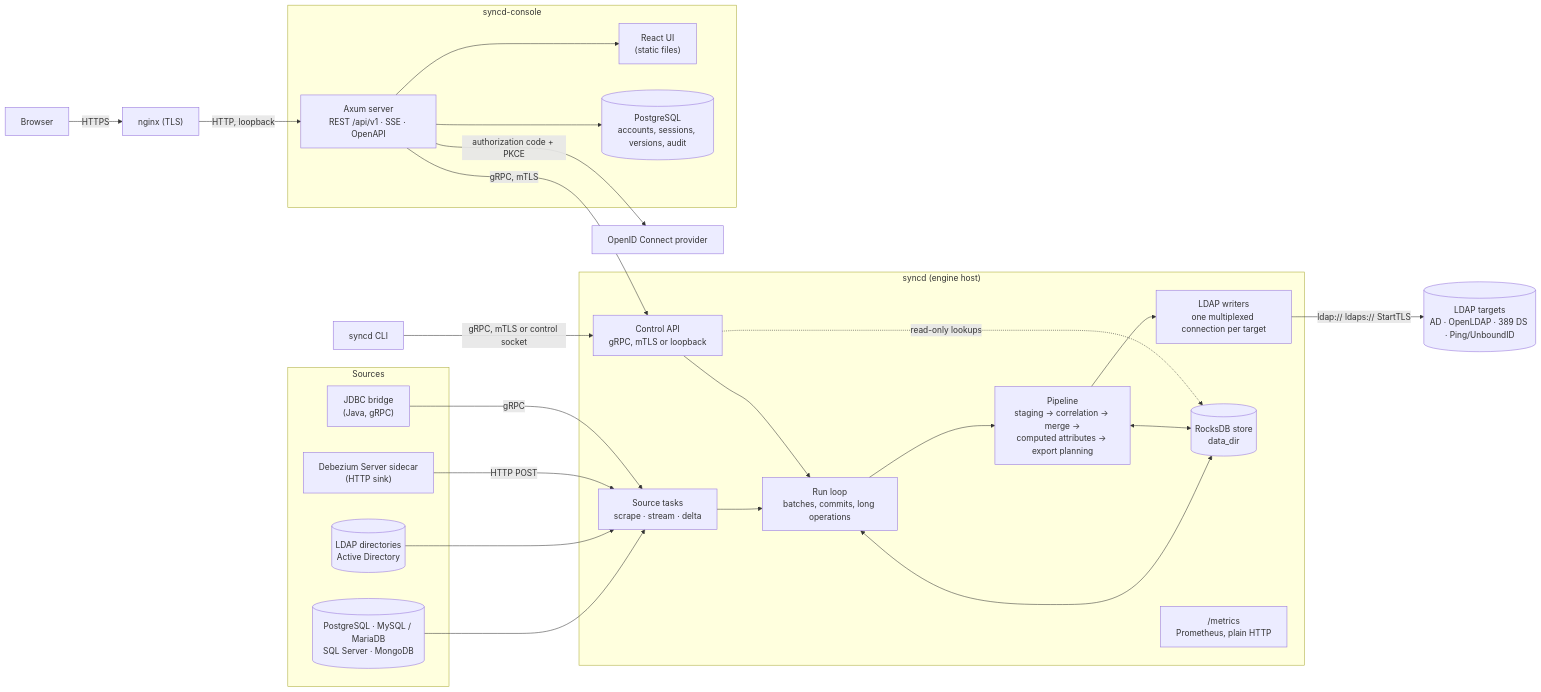
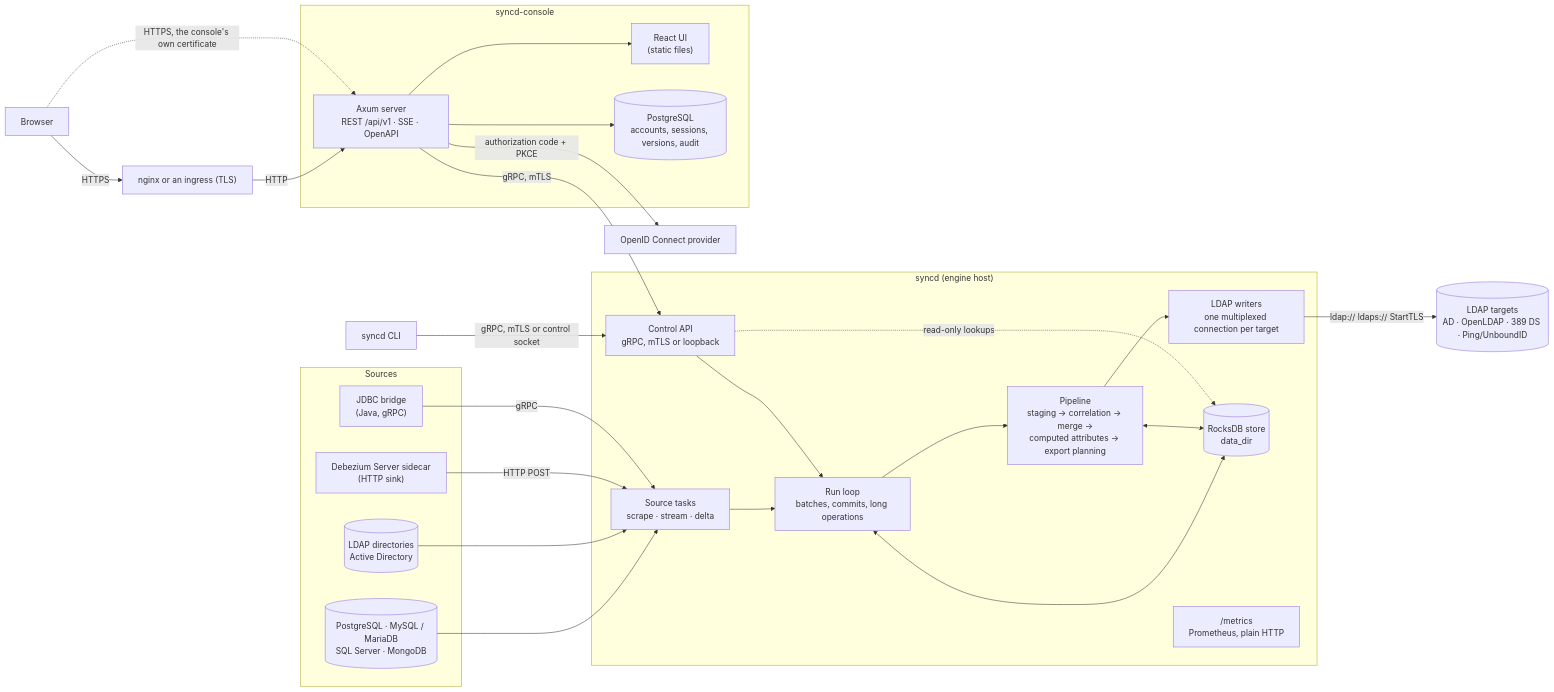
Before and after one commit to winllc/ens-apps-documentation: the first of 5 diagrams in docs/syncd/architecture.md, drawn with Mermaid. The commit also changed other lines of this file and 10 other files, not shown here.

````diff
--- a/docs/syncd/architecture.md
+++ b/docs/syncd/architecture.md
@@ -15,44 +17,45 @@
 ```mermaid
 flowchart LR
     subgraph Sources
         DB[("PostgreSQL · MySQL / MariaDB<br/>SQL Server · MongoDB")]
         DIR[("LDAP directories<br/>Active Directory")]
         DBZ["Debezium Server sidecar<br/>(HTTP sink)"]
         JDBC["JDBC bridge<br/>(Java, gRPC)"]
     end
     subgraph Engine["syncd (engine host)"]
         ING["Source tasks<br/>scrape · stream · delta"]
         LOOP["Run loop<br/>batches, commits, long operations"]
         PIPE["Pipeline<br/>staging → correlation → merge →<br/>computed attributes → export planning"]
         WR["LDAP writers<br/>one multiplexed connection per target"]
         STORE[("RocksDB store<br/>data_dir")]
         API["Control API<br/>gRPC, mTLS or loopback"]
         MET["/metrics<br/>Prometheus, plain HTTP"]
     end
     subgraph Console["syncd-console"]
         SRV["Axum server<br/>REST /api/v1 · SSE · OpenAPI"]
         UI["React UI<br/>(static files)"]
         PG[("PostgreSQL<br/>accounts, sessions, versions, audit")]
     end
     TGT[("LDAP targets<br/>AD · OpenLDAP · 389 DS · Ping/UnboundID")]
-    NGX["nginx (TLS)"]
+    NGX["nginx or an ingress (TLS)"]
     BR["Browser"]
     CLI["syncd CLI"]
     OIDC["OpenID Connect provider"]
 
     DB --> ING
     DIR --> ING
     DBZ -->|"HTTP POST"| ING
     JDBC -->|gRPC| ING
     ING --> LOOP --> PIPE --> WR -->|"ldap:// ldaps:// StartTLS"| TGT
     LOOP <--> STORE
     PIPE <--> STORE
     API --> LOOP
     API -.read-only lookups.-> STORE
-    BR -->|HTTPS| NGX -->|"HTTP, loopback"| SRV
+    BR -->|HTTPS| NGX -->|"HTTP"| SRV
+    BR -.->|"HTTPS, the console's own certificate"| SRV
     SRV --> UI
     SRV --> PG
     SRV -->|"gRPC, mTLS"| API
     CLI -->|"gRPC, mTLS or control socket"| API
     SRV -->|"authorization code + PKCE"| OIDC
 ```
````
